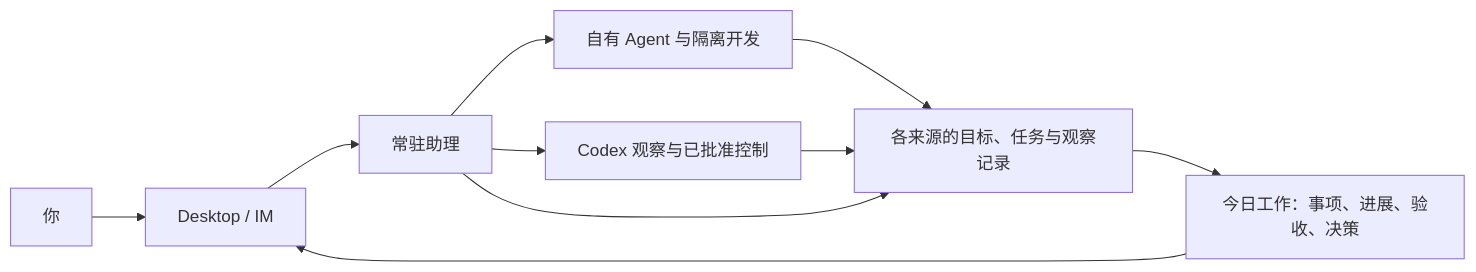
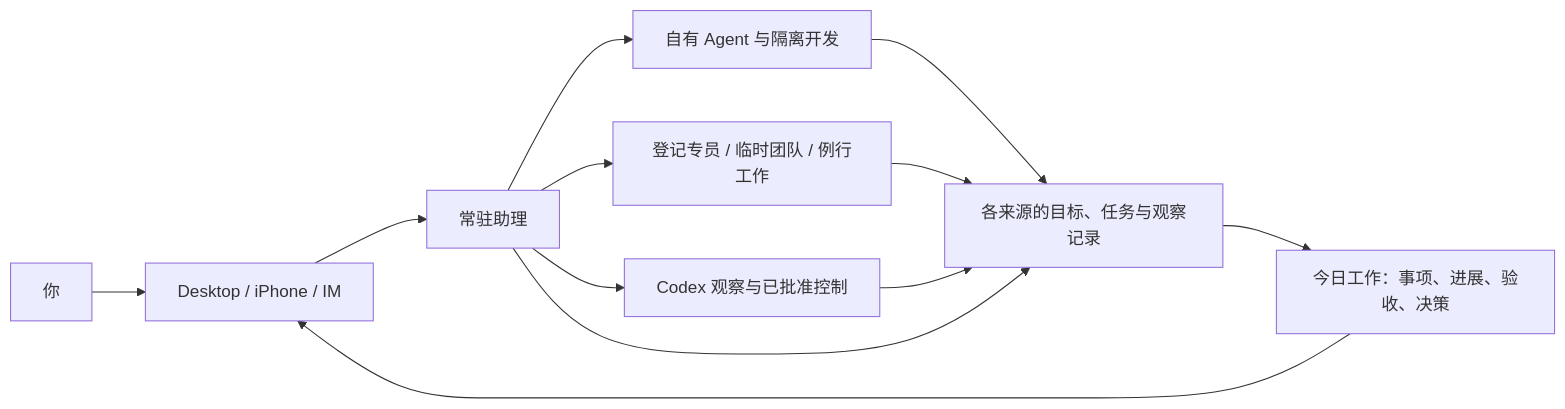
Before and after one commit to DingHappy/VortoCode: the second of 2 diagrams in docs/CURRENT_ARCHITECTURE.md, drawn with Mermaid. The commit also changed other lines of this file and 3 other files, not shown here.

Commit message:
docs(architecture): 1 执行职责与迁移地图

````diff
--- a/docs/CURRENT_ARCHITECTURE.md
+++ b/docs/CURRENT_ARCHITECTURE.md
@@ -42,12 +99,14 @@
 ```mermaid
 flowchart LR
-    U["你"] --> E["Desktop / IM"]
+    U["你"] --> E["Desktop / iPhone / IM"]
     E --> A["常驻助理"]
+    A --> S["登记专员 / 临时团队 / 例行工作"]
     A --> N["自有 Agent 与隔离开发"]
     A --> C["Codex 观察与已批准控制"]
     N --> R["各来源的目标、任务与观察记录"]
+    S --> R
     C --> R
     A --> R
     R --> T["今日工作：事项、进展、验收、决策"]
     T --> E
 ```
````
